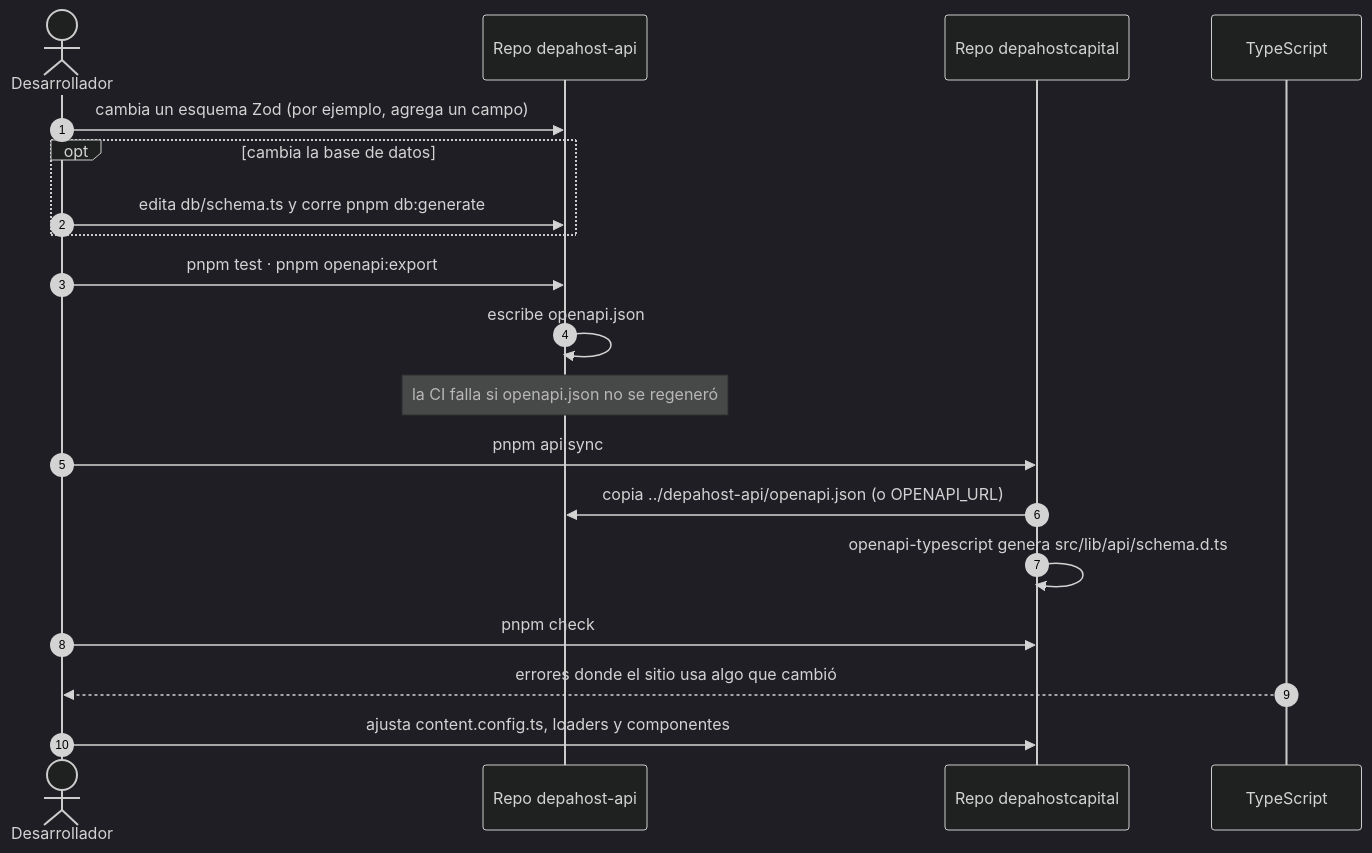
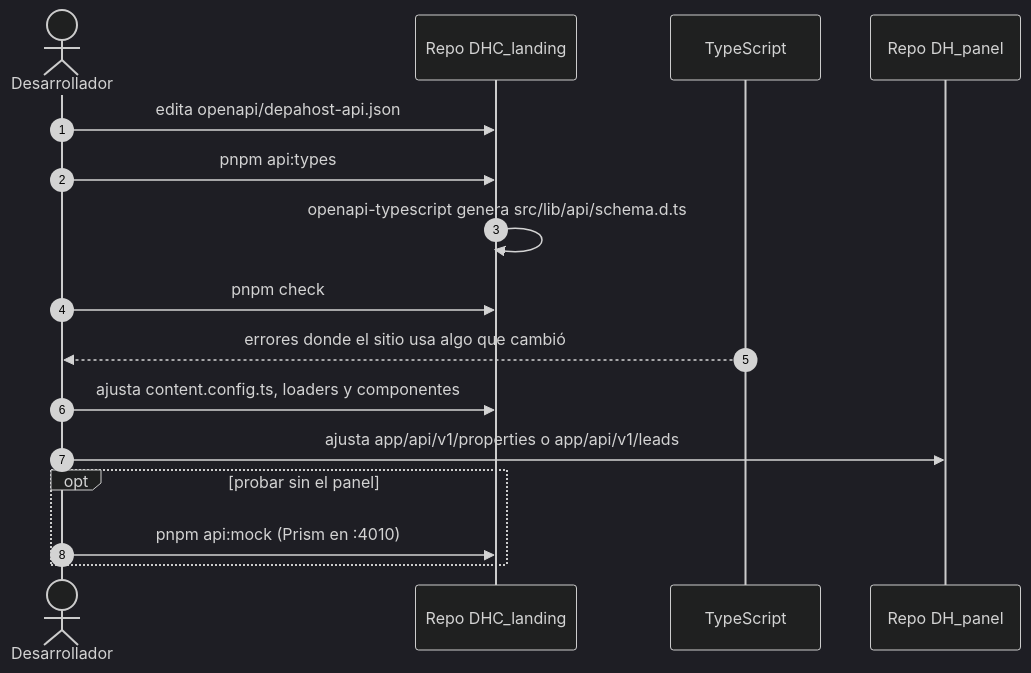
Before and after one commit to samirharrytl/DHC_landing: diagram 15 of 16 in docs/plataforma/05-flujos.md, drawn with Mermaid (dark theme). The commit also changed other lines of this file and 94 other files, not shown here.

````diff
--- a/docs/plataforma/05-flujos.md
+++ b/docs/plataforma/05-flujos.md
@@ -583,22 +560,19 @@
 ```mermaid
 sequenceDiagram
     autonumber
     actor Dev as Desarrollador
-    participant API as Repo depahost-api
-    participant FE as Repo depahostcapital
+    participant FE as Repo DHC_landing
     participant TS as TypeScript
+    participant P as Repo DH_panel
 
-    Dev->>API: cambia un esquema Zod (por ejemplo, agrega un campo)
-    opt cambia la base de datos
-        Dev->>API: edita db/schema.ts y corre pnpm db:generate
-    end
-    Dev->>API: pnpm test · pnpm openapi:export
-    API->>API: escribe openapi.json
-    Note over API: la CI falla si openapi.json no se regeneró
-    Dev->>FE: pnpm api:sync
-    FE->>API: copia ../depahost-api/openapi.json (o OPENAPI_URL)
+    Dev->>FE: edita openapi/depahost-api.json
+    Dev->>FE: pnpm api:types
     FE->>FE: openapi-typescript genera src/lib/api/schema.d.ts
     Dev->>FE: pnpm check
     TS-->>Dev: errores donde el sitio usa algo que cambió
     Dev->>FE: ajusta content.config.ts, loaders y componentes
+    Dev->>P: ajusta app/api/v1/properties o app/api/v1/leads
+    opt probar sin el panel
+        Dev->>FE: pnpm api:mock (Prism en :4010)
+    end
 ```
````
